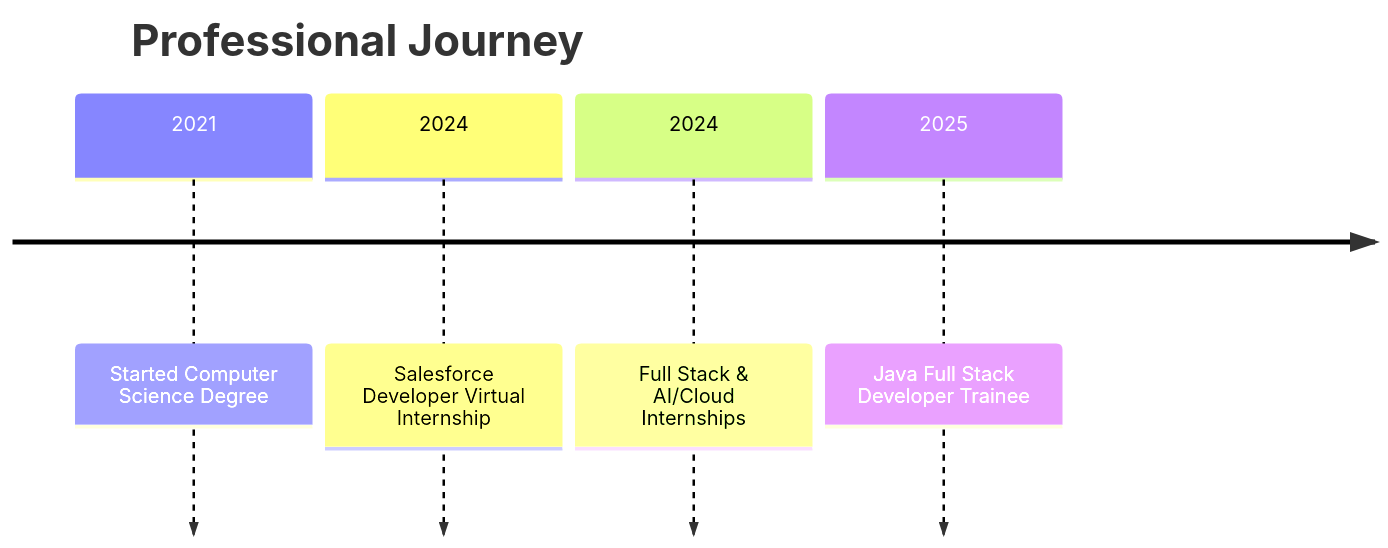
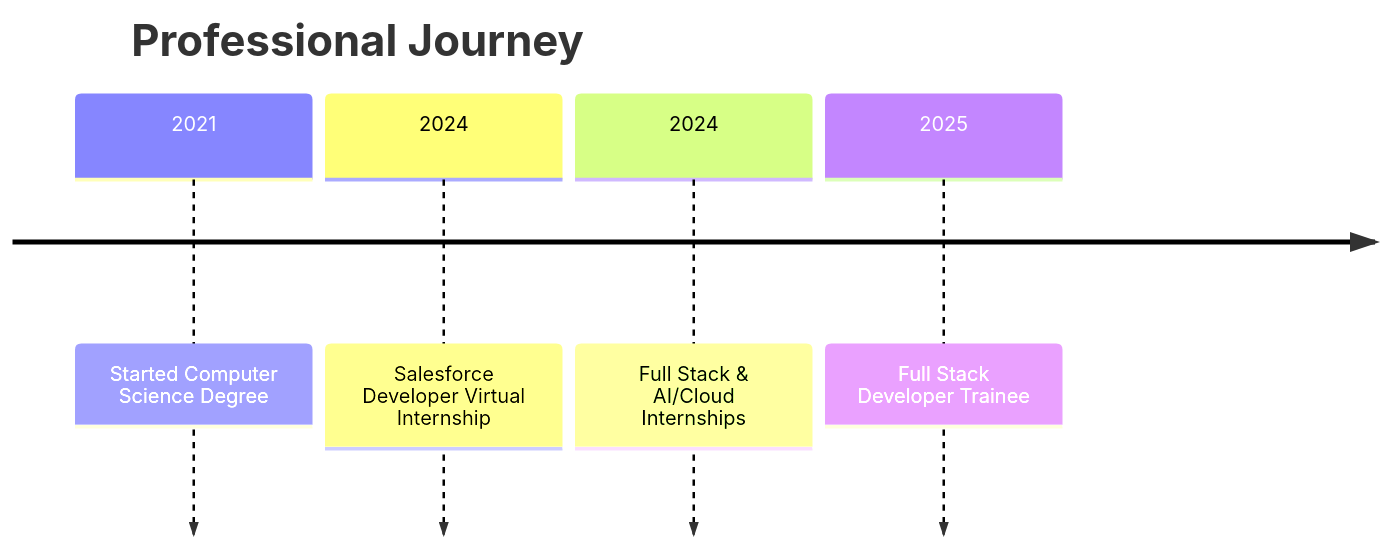
The diagram in README.md (manthrivamshi8919/manthrivamshi8919), drawn with Mermaid before and after one commit. The commit also changed other lines of this file, not shown here.

````diff
--- a/README.md
+++ b/README.md
@@ -82,8 +82,8 @@
 ```mermaid
 timeline
     title Professional Journey
     2021 : Started Computer Science Degree
     2024 : Salesforce Developer Virtual Internship
     2024 : Full Stack & AI/Cloud Internships
-    2025 : Java Full Stack Developer Trainee
+    2025 : Full Stack Developer Trainee
 ```
````
